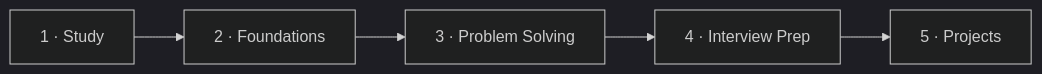
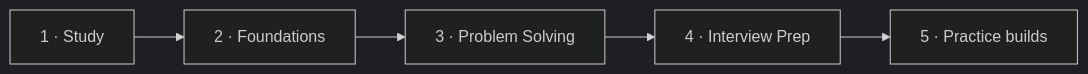
The first of 2 diagrams in README.md (Galhoom22/Galhoom22), drawn with Mermaid (dark theme) before and after one commit. The commit also changed other lines of this file, not shown here.

First line of the commit message:
Sync personal profile journey labels with practice-build Track 5.

````diff
--- a/README.md
+++ b/README.md
@@ -66,7 +66,7 @@
 ```mermaid
 flowchart LR
   T1["1 · Study"] --> T2["2 · Foundations"]
   T2 --> T3["3 · Problem Solving"]
-  T3 --> T4["4 · Interview Prep"]
-  T4 --> T5["5 · Projects"]
+  T3 -->   T4["4 · Interview Prep"]
+  T4 --> T5["5 · Practice builds"]
 ```
````
